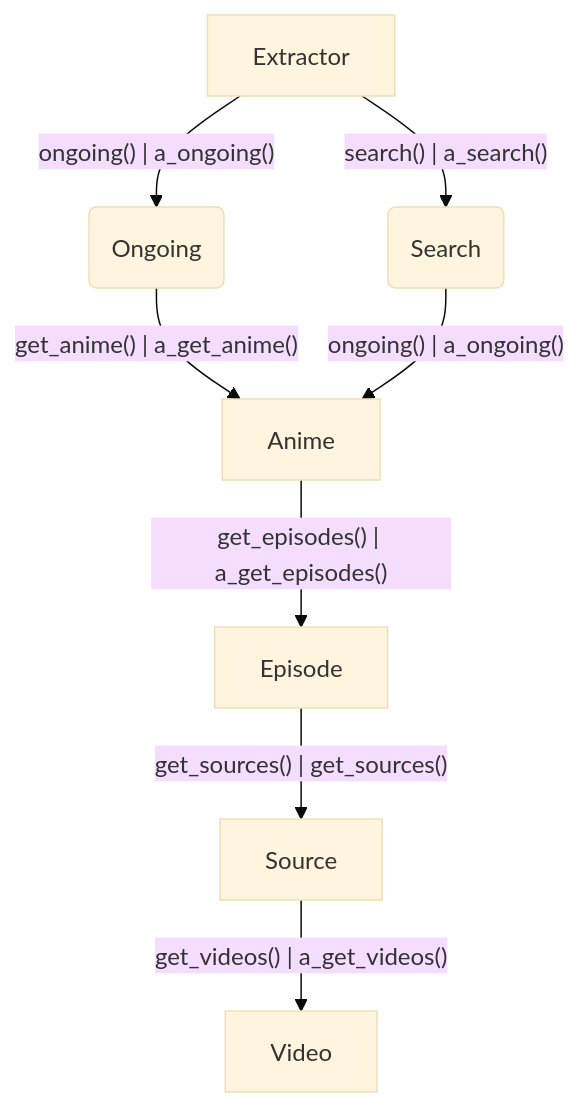
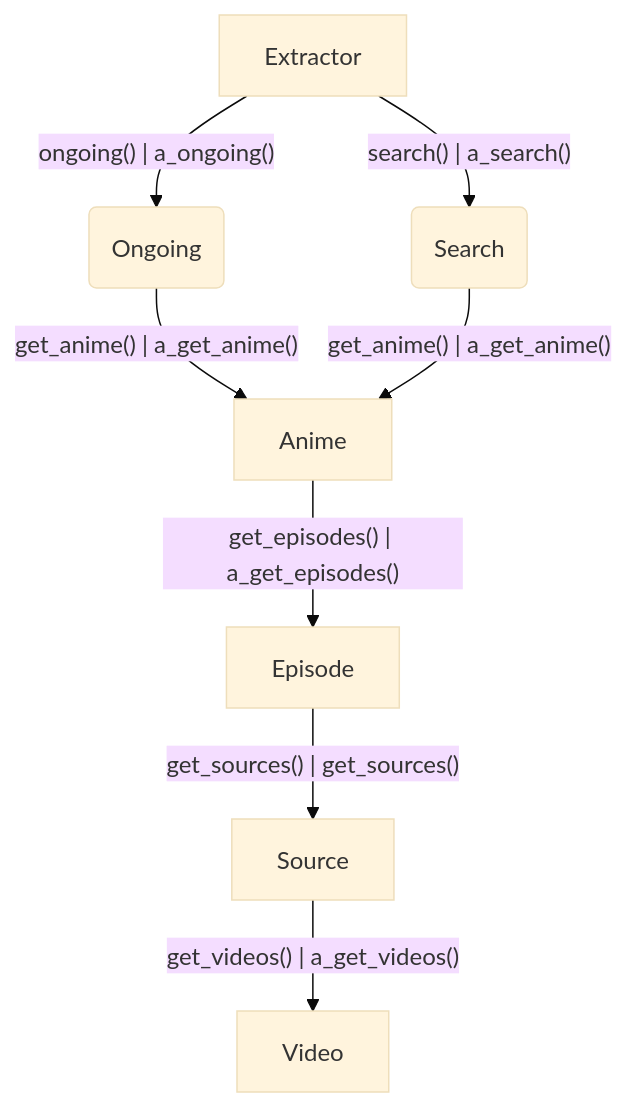
Before and after one commit to vypivshiy/anicli-api: the diagram in README.MD, drawn with Mermaid (base theme).

Commit message:
fix mermaid schema

````diff
--- a/README.MD
+++ b/README.MD
@@ -44,13 +44,13 @@
 ```mermaid
 flowchart TD
     E[Extractor] -->|"search(<QUERY>) | a_search(<QUERY>)"| S(Search)
     E -->|"ongoing() | a_ongoing()"| O(Ongoing)
     
     O -->|"get_anime() | a_get_anime()"| A[Anime]
-    S -->|"ongoing() | a_ongoing()"| A
+    S -->|"get_anime() | a_get_anime()"| A
     
     A -->|"get_episodes() | a_get_episodes()"|Ep[Episode]
     Ep -->|"get_sources() | get_sources()"|So[Source]
     So -->|"get_videos() | a_get_videos()"|V[Video]
 
 ```
````
